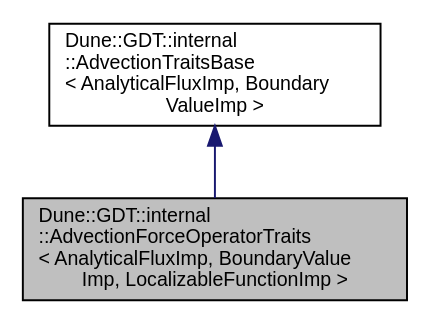
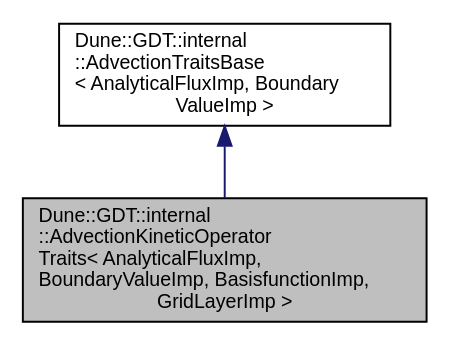
One commit to dune-community/dune-community.github.io changed the diagram in docs/dune-gdt/''/a01855.dot. Above: the diagram before and after it, drawn with Graphviz. The commit also changed 2442 other files, not shown here.

Commit message:
Updated documentation for dune-gdt ''

```diff
--- a/docs/dune-gdt/''/a01855.dot
+++ b/docs/dune-gdt/''/a01855.dot
@@ -1,8 +1,8 @@
-digraph "Dune::GDT::internal::AdvectionForceOperatorTraits&lt; AnalyticalFluxImp, BoundaryValueImp, LocalizableFunctionImp &gt;"
+digraph "Dune::GDT::internal::AdvectionKineticOperatorTraits&lt; AnalyticalFluxImp, BoundaryValueImp, BasisfunctionImp, GridLayerImp &gt;"
 {
   edge [fontname="Helvetica",fontsize="10",labelfontname="Helvetica",labelfontsize="10"];
   node [fontname="Helvetica",fontsize="10",shape=record];
-  Node0 [label="Dune::GDT::internal\l::AdvectionForceOperatorTraits\l\< AnalyticalFluxImp, BoundaryValue\lImp, LocalizableFunctionImp \>",height=0.2,width=0.4,color="black", fillcolor="grey75", style="filled", fontcolor="black"];
+  Node0 [label="Dune::GDT::internal\l::AdvectionKineticOperator\lTraits\< AnalyticalFluxImp,\l BoundaryValueImp, BasisfunctionImp,\l GridLayerImp \>",height=0.2,width=0.4,color="black", fillcolor="grey75", style="filled", fontcolor="black"];
   Node1 -> Node0 [dir="back",color="midnightblue",fontsize="10",style="solid",fontname="Helvetica"];
-  Node1 [label="Dune::GDT::internal\l::AdvectionTraitsBase\l\< AnalyticalFluxImp, Boundary\lValueImp \>",height=0.2,width=0.4,color="black", fillcolor="white", style="filled",URL="$a01840.html"];
+  Node1 [label="Dune::GDT::internal\l::AdvectionTraitsBase\l\< AnalyticalFluxImp, Boundary\lValueImp \>",height=0.2,width=0.4,color="black", fillcolor="white", style="filled",URL="$a01824.html"];
 }
```
